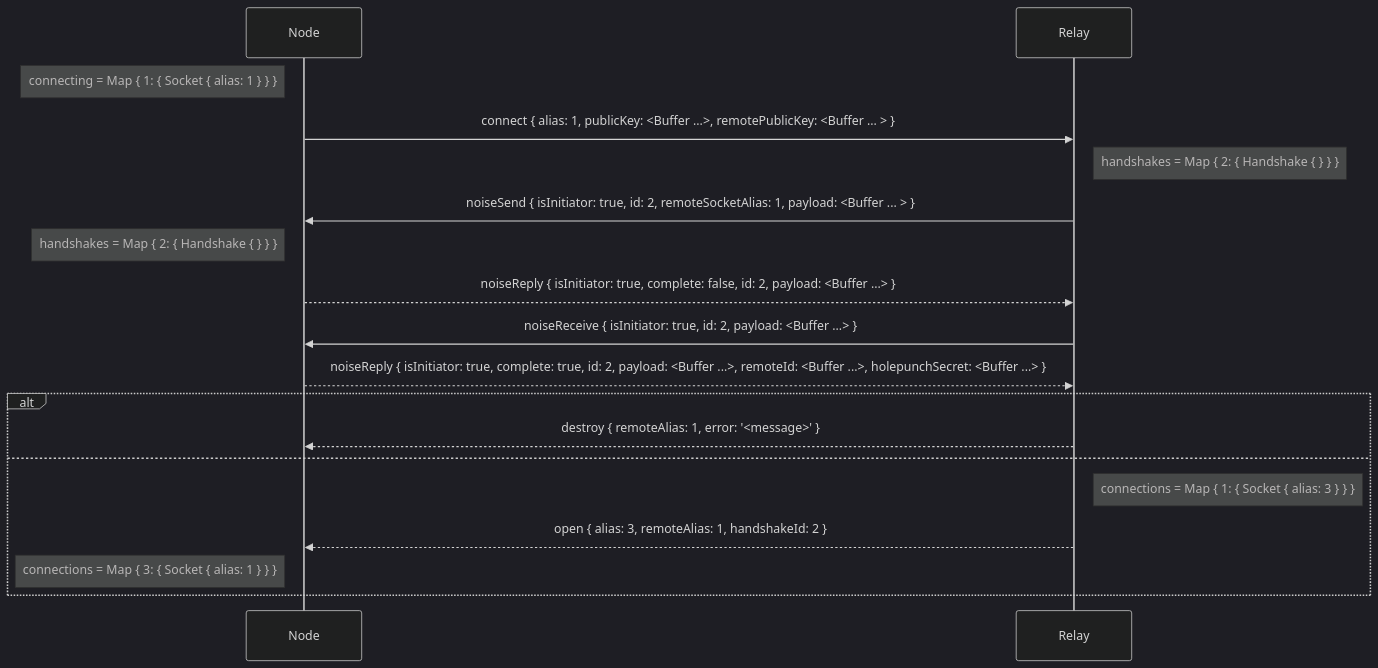
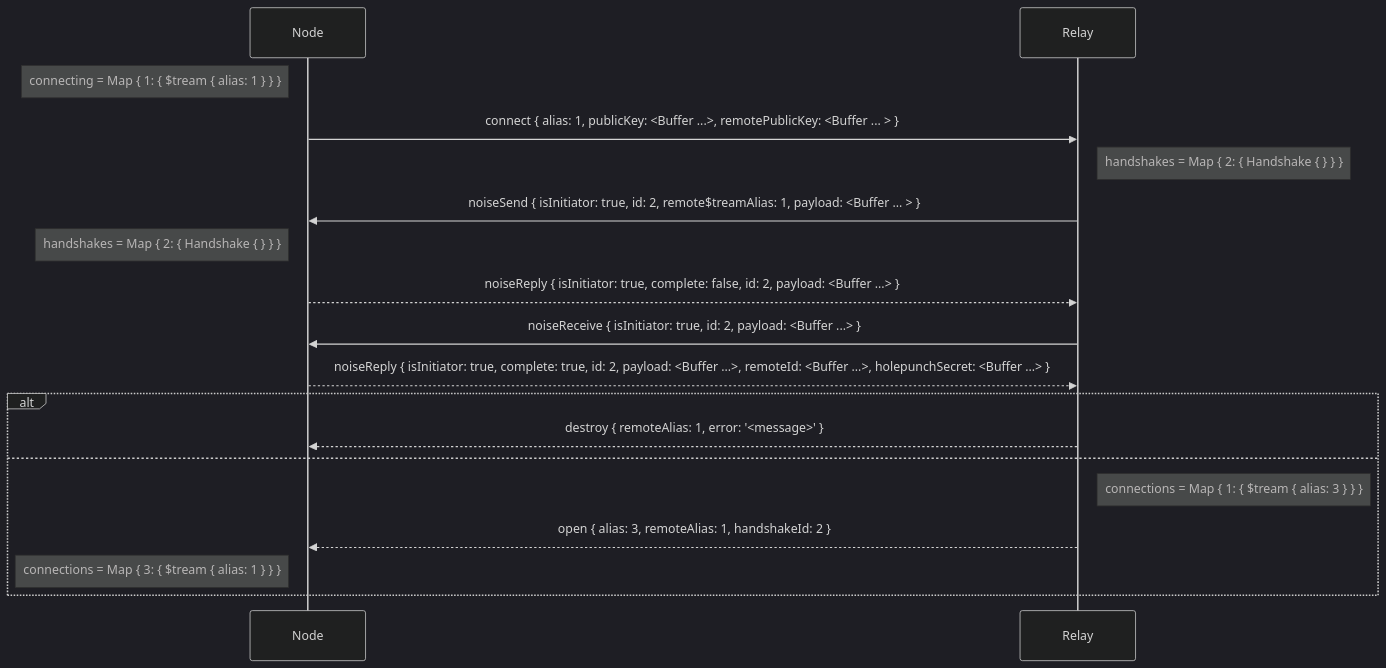
One commit to holepunchto/hyperswarm-dht-relay changed the diagram in media/diagrams/connect-handshake.mmd. Above: the diagram before and after it, drawn with Mermaid (dark theme). The commit also changed 39 other files, not shown here.

```diff
--- a/media/diagrams/connect-handshake.mmd
+++ b/media/diagrams/connect-handshake.mmd
@@ -1,29 +1,29 @@
 sequenceDiagram
   participant N as Node
   participant R as Relay
 
-  note left of N: connecting = Map { 1: { Socket { alias: 1 } } }
+  note left of N: connecting = Map { 1: { $tream { alias: 1 } } }
 
   N->>R: connect { alias: 1, publicKey: <Buffer ...>, remotePublicKey: <Buffer ... > }
 
   note right of R: handshakes = Map { 2: { Handshake { } } }
 
-  R->>N: noiseSend { isInitiator: true, id: 2, remoteSocketAlias: 1, payload: <Buffer ... > }
+  R->>N: noiseSend { isInitiator: true, id: 2, remote$treamAlias: 1, payload: <Buffer ... > }
 
   note left of N: handshakes = Map { 2: { Handshake { } } }
 
   N-->>R: noiseReply { isInitiator: true, complete: false, id: 2, payload: <Buffer ...> }
 
   R->>N: noiseReceive { isInitiator: true, id: 2, payload: <Buffer ...> }
 
   N-->>R: noiseReply { isInitiator: true, complete: true, id: 2, payload: <Buffer ...>, remoteId: <Buffer ...>, holepunchSecret: <Buffer ...>  }
 
   alt
     R-->>N: destroy { remoteAlias: 1, error: '<message>' }
   else
-    note right of R: connections = Map { 1: { Socket { alias: 3 } } }
+    note right of R: connections = Map { 1: { $tream { alias: 3 } } }
 
     R-->>N: open { alias: 3, remoteAlias: 1, handshakeId: 2 }
 
-    note left of N: connections = Map { 3: { Socket { alias: 1 } } }
+    note left of N: connections = Map { 3: { $tream { alias: 1 } } }
   end
```
